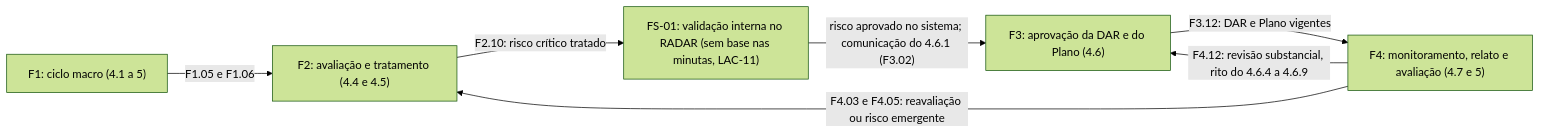
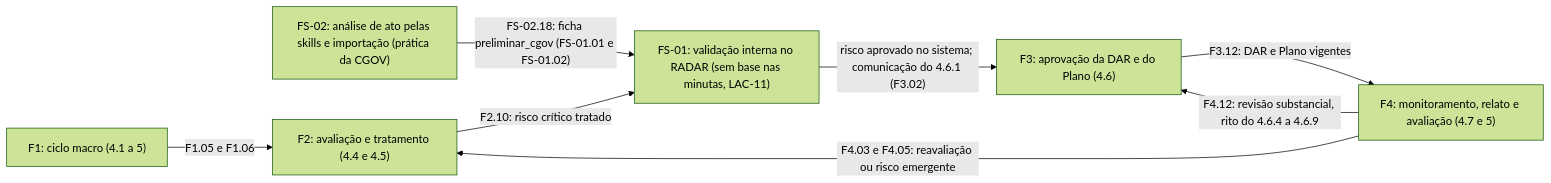
The diagram in docs/10-nivel1-negocio/mapa-processos.md (lpchagas/cgov-riscos), drawn with Mermaid (forest theme) before and after one commit. The commit also changed other lines of this file and 4 other files, not shown here.

First line of the commit message:
docs(nivel1): fluxo FS-02 da análise de atos pelas skills da CGOV

````diff
--- a/docs/10-nivel1-negocio/mapa-processos.md
+++ b/docs/10-nivel1-negocio/mapa-processos.md
@@ -23,14 +24,16 @@
 ```mermaid
 flowchart LR
   F1["F1: ciclo macro (4.1 a 5)"]
   F2["F2: avaliação e tratamento (4.4 e 4.5)"]
+  FS02["FS-02: análise de ato pelas skills e importação (prática da CGOV)"]
   FS01["FS-01: validação interna no RADAR (sem base nas minutas, LAC-11)"]
   F3["F3: aprovação da DAR e do Plano (4.6)"]
   F4["F4: monitoramento, relato e avaliação (4.7 e 5)"]
+  FS02 -->|"FS-02.18: ficha preliminar_cgov (FS-01.01 e FS-01.02)"| FS01
   F1 -->|"F1.05 e F1.06"| F2
   F2 -->|"F2.10: risco crítico tratado"| FS01
   FS01 -->|"risco aprovado no sistema; comunicação do 4.6.1 (F3.02)"| F3
   F3 -->|"F3.12: DAR e Plano vigentes"| F4
   F4 -->|"F4.12: revisão substancial, rito do 4.6.4 a 4.6.9"| F3
   F4 -->|"F4.03 e F4.05: reavaliação ou risco emergente"| F2
 ```
````
